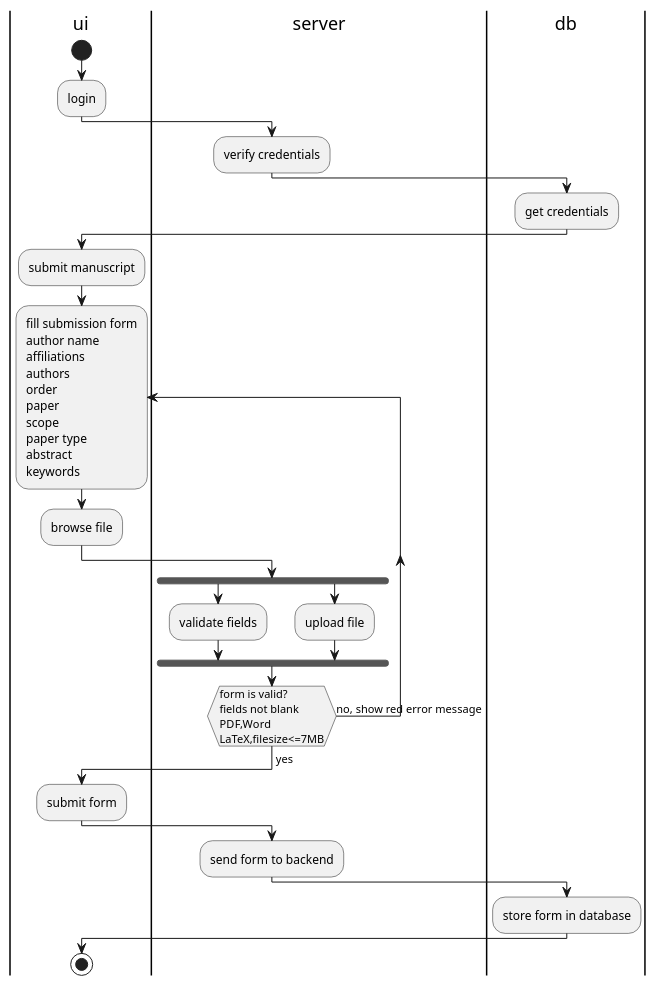
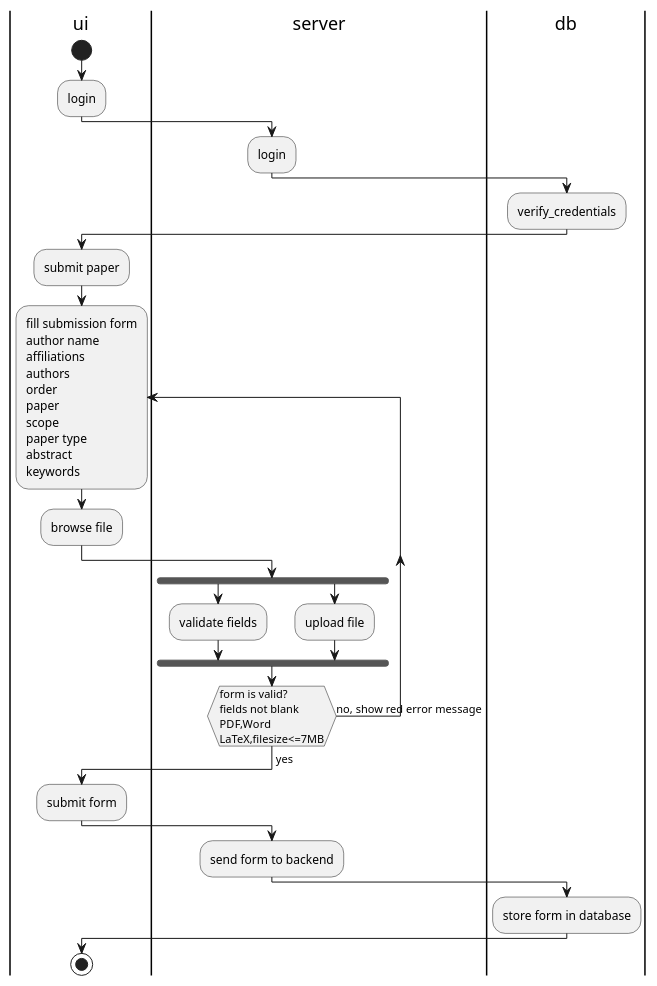
One commit to Arunscape/ECE493 changed the diagram in lab/lab3/activity1.puml. Above: the diagram before and after it, drawn with PlantUML. The commit also changed 9 other files, not shown here.

```diff
--- a/lab/lab3/activity1.puml
+++ b/lab/lab3/activity1.puml
@@ -1,45 +1,45 @@
 @startuml
 |ui|
 start
 :login;
 
 |server|
-:verify credentials;
+:login;
 
 |db|
-:get credentials;
+:verify_credentials;
 
 |ui|
-:submit manuscript;
+:submit paper;
 
 '|server|
 '':get submission form;
 
 |ui|
 repeat :fill submission form\nauthor name\naffiliations\nauthors\norder\npaper\nscope\npaper type\nabstract\nkeywords;
 :browse file;
 
 |server|
 fork
     :validate fields;
 fork again
     :upload file;
 end fork
 
 
 repeat while (form is valid?\nfields not blank\nPDF,Word\nLaTeX,filesize<=7MB) is (no, show red error message)
 -> yes;
 
 |ui|
 :submit form;
 
 |server|
 :send form to backend;
 
 |db|
 :store form in database;
 
 |ui|
 stop
 
 @enduml
```
